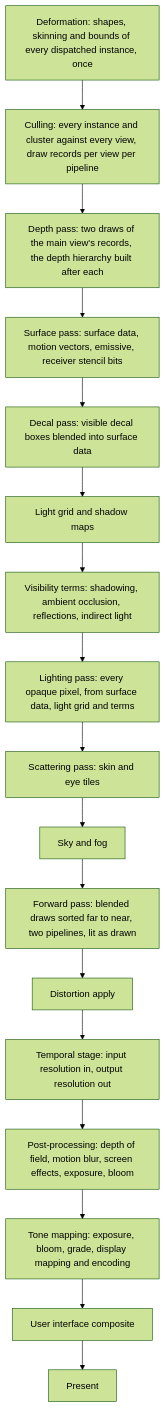
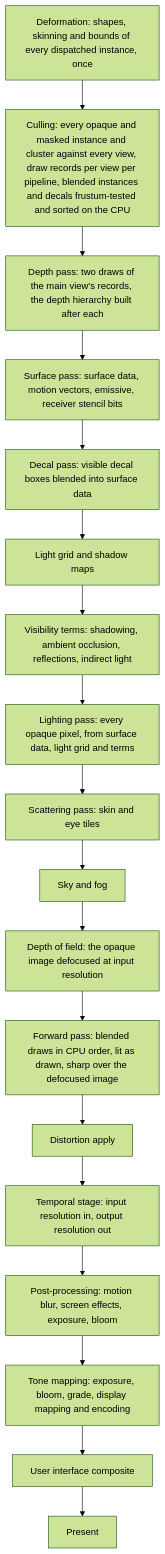
The second of 3 diagrams in docs/architecture/scene-renderer.md (plainsight-systems/bullet-witch), drawn with Mermaid (forest theme) before and after one commit. The commit also changed other lines of this file and 6 other files, not shown here.

First line of the commit message:
Order blended draws and decals on the CPU and run depth of field before the forward pass

````diff
--- a/docs/architecture/scene-renderer.md
+++ b/docs/architecture/scene-renderer.md
@@ -84,19 +84,20 @@
 ```mermaid
 flowchart TD
-    DF["Deformation: shapes, skinning and bounds of every dispatched instance, once"] --> CU["Culling: every instance and cluster against every view, draw records per view per pipeline"]
+    DF["Deformation: shapes, skinning and bounds of every dispatched instance, once"] --> CU["Culling: every opaque and masked instance and cluster against every view, draw records per view per pipeline, blended instances and decals frustum-tested and sorted on the CPU"]
     CU --> DP["Depth pass: two draws of the main view's records, the depth hierarchy built after each"]
     DP --> SP["Surface pass: surface data, motion vectors, emissive, receiver stencil bits"]
     SP --> DC["Decal pass: visible decal boxes blended into surface data"]
     DC --> LG["Light grid and shadow maps"]
     LG --> VT["Visibility terms: shadowing, ambient occlusion, reflections, indirect light"]
     VT --> LP["Lighting pass: every opaque pixel, from surface data, light grid and terms"]
     LP --> SS["Scattering pass: skin and eye tiles"]
     SS --> SF["Sky and fog"]
-    SF --> FP["Forward pass: blended draws sorted far to near, two pipelines, lit as drawn"]
+    SF --> DF2["Depth of field: the opaque image defocused at input resolution"]
+    DF2 --> FP["Forward pass: blended draws in CPU order, lit as drawn, sharp over the defocused image"]
     FP --> DA["Distortion apply"]
     DA --> TS["Temporal stage: input resolution in, output resolution out"]
-    TS --> PP["Post-processing: depth of field, motion blur, screen effects, exposure, bloom"]
+    TS --> PP["Post-processing: motion blur, screen effects, exposure, bloom"]
     PP --> TM["Tone mapping: exposure, bloom, grade, display mapping and encoding"]
     TM --> UI["User interface composite"]
     UI --> PR["Present"]
 ```
````
